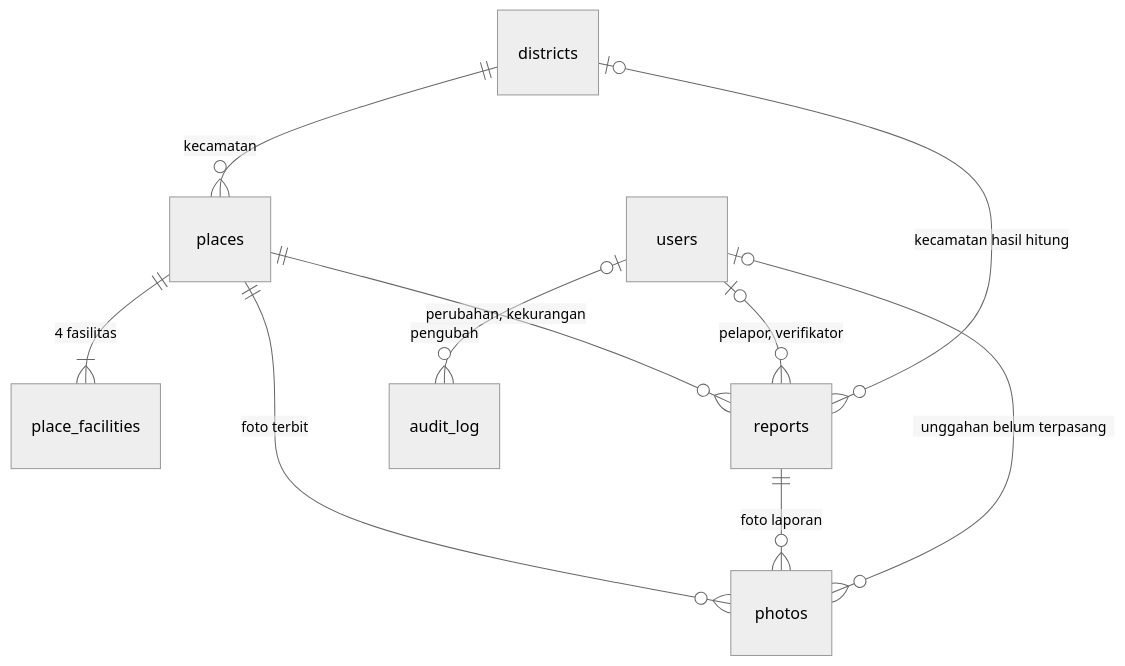
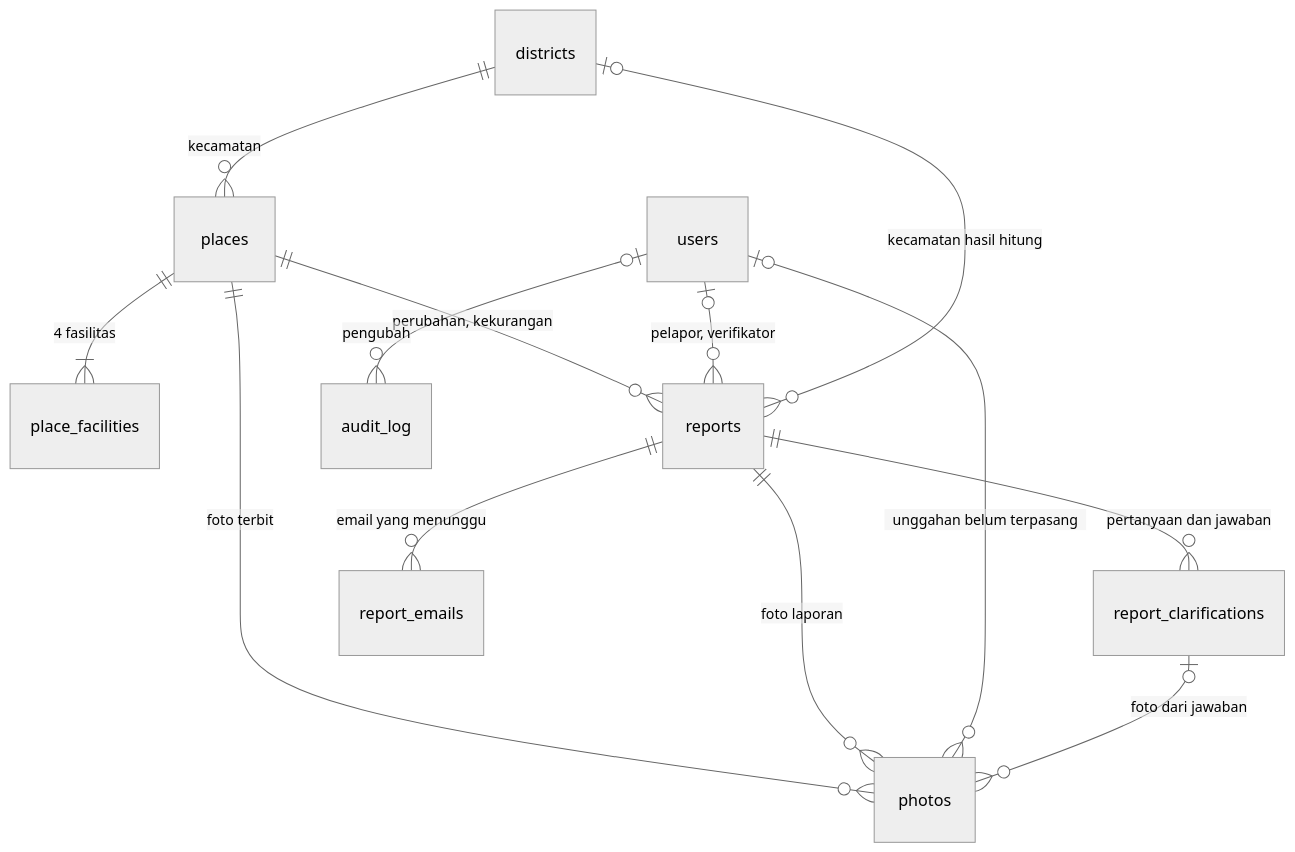
Before and after one commit to al-dioooo/akses-bogor-api: the third of 3 diagrams in docs/arsitektur.md, drawn with Mermaid (neutral theme). The commit also changed other lines of this file and 7 other files, not shown here.

````diff
--- a/docs/arsitektur.md
+++ b/docs/arsitektur.md
@@ -39,12 +39,15 @@
 ```mermaid
 erDiagram
   districts ||--o{ places : "kecamatan"
   places ||--|{ place_facilities : "4 fasilitas"
   places ||--o{ reports : "perubahan, kekurangan"
   places ||--o{ photos : "foto terbit"
   reports ||--o{ photos : "foto laporan"
   users |o--o{ reports : "pelapor, verifikator"
   users |o--o{ photos : "unggahan belum terpasang"
   districts |o--o{ reports : "kecamatan hasil hitung"
   users |o--o{ audit_log : "pengubah"
+  reports ||--o{ report_clarifications : "pertanyaan dan jawaban"
+  report_clarifications |o--o{ photos : "foto dari jawaban"
+  reports ||--o{ report_emails : "email yang menunggu"
 ```
````
